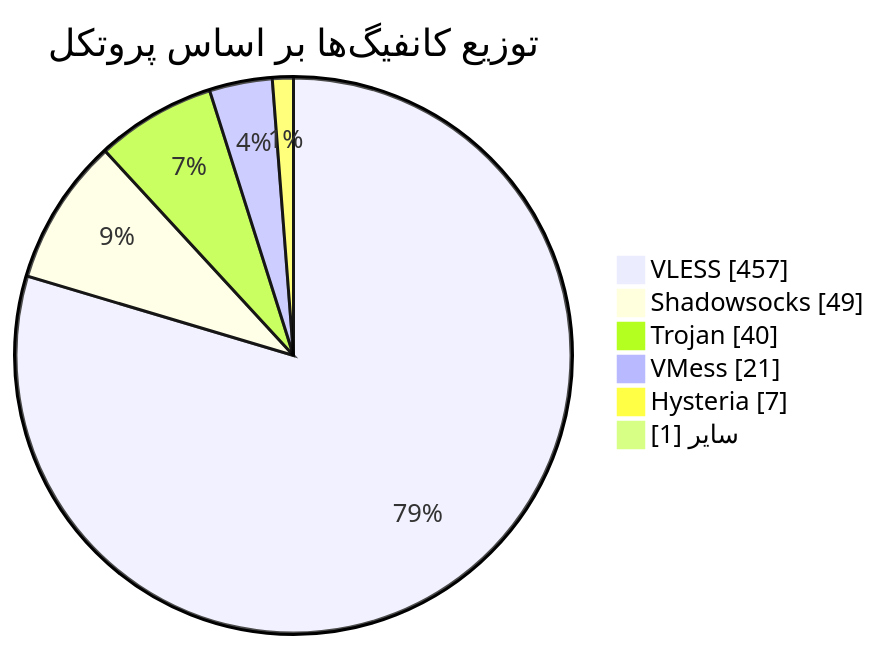
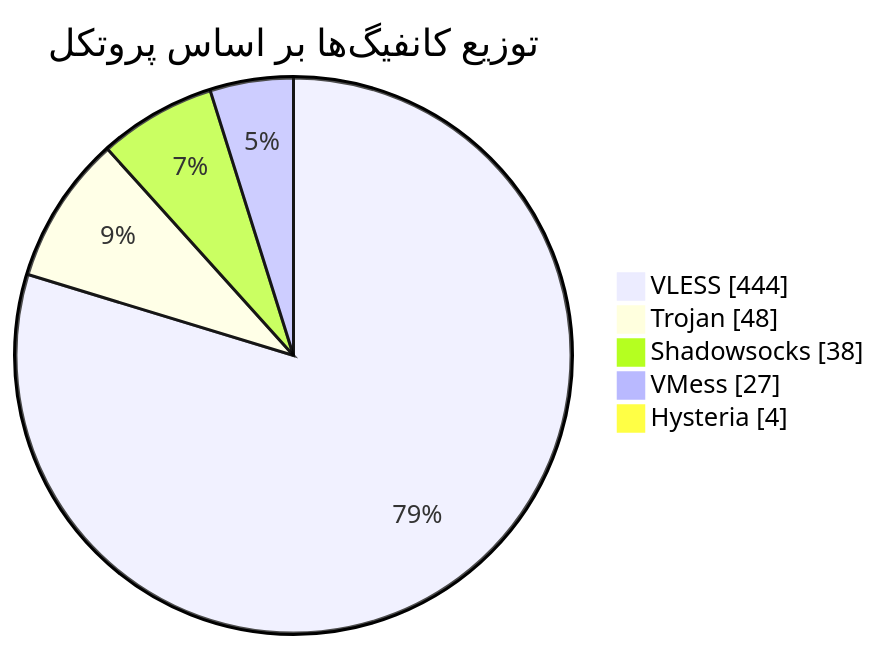
Before and after one commit to Arian-Alijani/Somthing: the diagram in README.md, drawn with Mermaid. The commit also changed other lines of this file and 73 other files, not shown here.

````diff
--- a/README.md
+++ b/README.md
@@ -48,10 +47,9 @@
 ```mermaid
 pie showData
     title توزیع کانفیگ‌ها بر اساس پروتکل
-    "VLESS" : 457
-    "Shadowsocks" : 49
-    "Trojan" : 40
-    "VMess" : 21
-    "Hysteria" : 7
-    "سایر" : 1
+    "VLESS" : 444
+    "Trojan" : 48
+    "Shadowsocks" : 38
+    "VMess" : 27
+    "Hysteria" : 4
 ```
````
